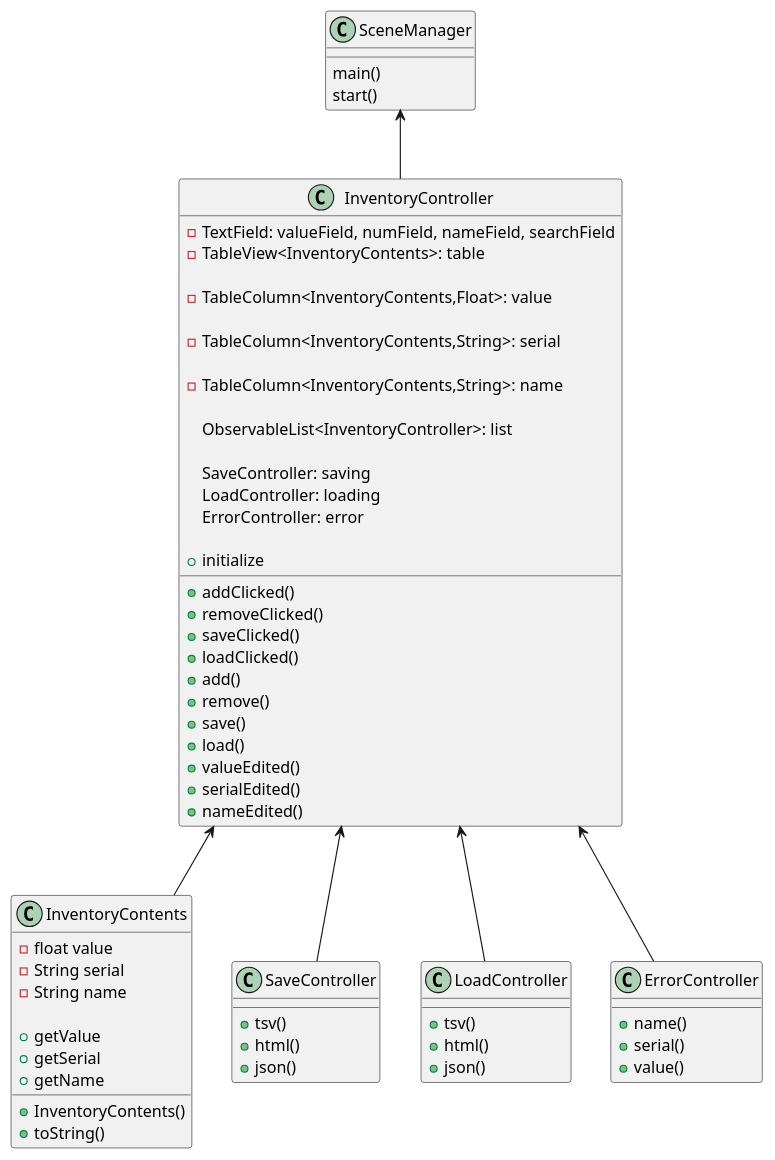
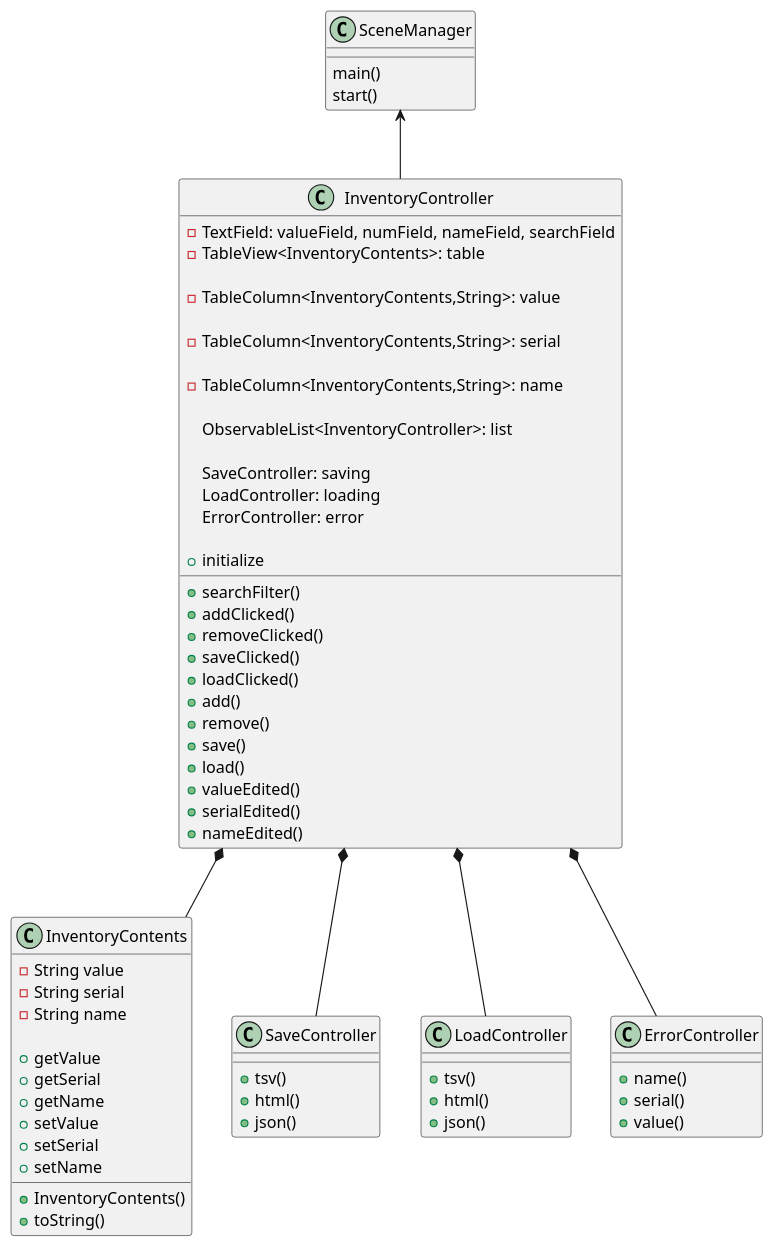
The diagram in uml/classes.puml (lcorona26/corona-0708-a5), drawn with PlantUML before and after one commit. The commit also changed 2 other files, not shown here.

```diff
--- a/uml/classes.puml
+++ b/uml/classes.puml
@@ -1,75 +1,79 @@
 @startuml
 
 class SceneManager{
     main()
     start()
 }
 class InventoryController{
 
     -TextField: valueField, numField, nameField, searchField
     -TableView<InventoryContents>: table
 
-    -TableColumn<InventoryContents,Float>: value
+    -TableColumn<InventoryContents,String>: value
 
     -TableColumn<InventoryContents,String>: serial
 
     -TableColumn<InventoryContents,String>: name
 
     ObservableList<InventoryController>: list
 
     SaveController: saving
     LoadController: loading
     ErrorController: error
 
-    +initialize
+    + initialize
+    + searchFilter()
     + addClicked()
     + removeClicked()
     + saveClicked()
     + loadClicked()
     + add()
     + remove()
     + save()
     + load()
     + valueEdited()
     + serialEdited()
     + nameEdited()
 }
 class InventoryContents{
 
-    -float value
+    -String value
     -String serial
     -String name
 
     +InventoryContents()
     +getValue
     +getSerial
     +getName
+    +setValue
+    +setSerial
+    +setName
     +toString()
 }
 class SaveController{
 
    +tsv()
    +html()
    +json()
 }
 class LoadController{
 
    +tsv()
    +html()
    +json()
 }
 class ErrorController{
 
    +name()
    +serial()
    +value()
 }
 
 
 SceneManager <--InventoryController
-InventoryController <-- InventoryContents
-InventoryController <-- SaveController
-InventoryController <-- LoadController
-InventoryController <-- ErrorController
+InventoryController *-- InventoryContents
+InventoryController *-- SaveController
+InventoryController *-- LoadController
+InventoryController *-- ErrorController
 
 @enduml
```
